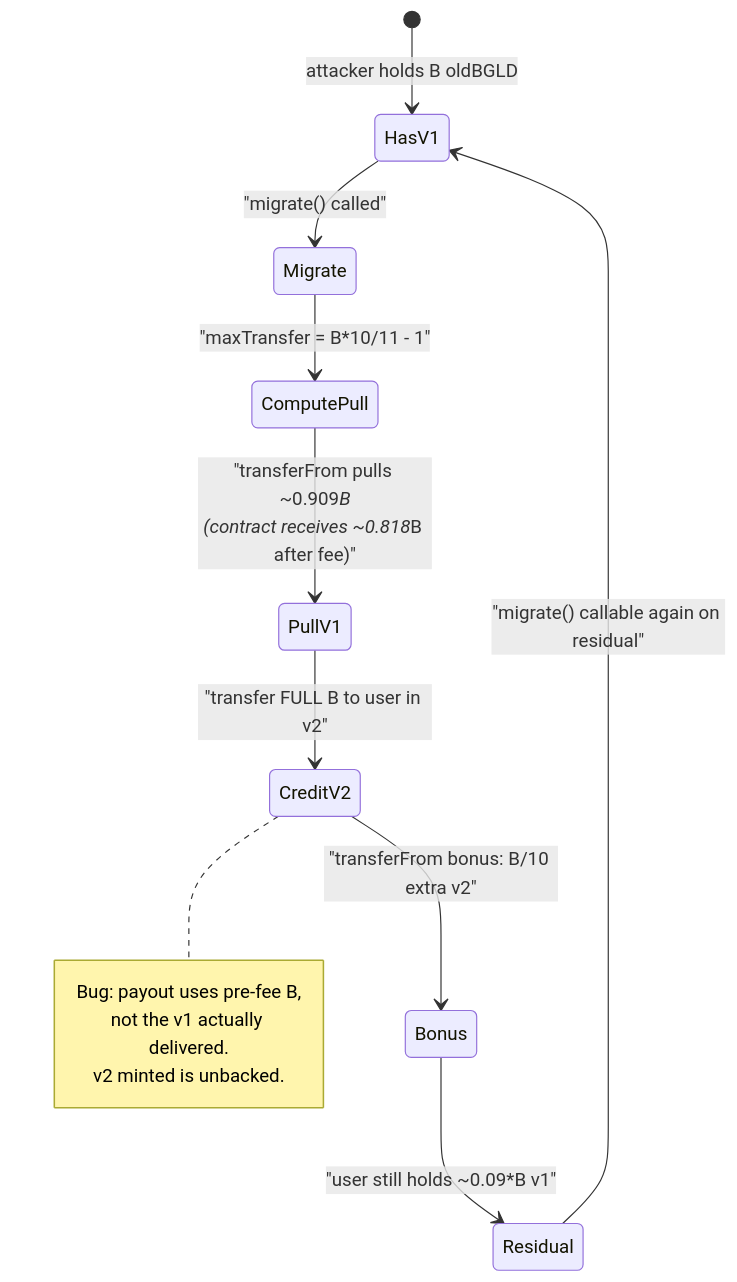
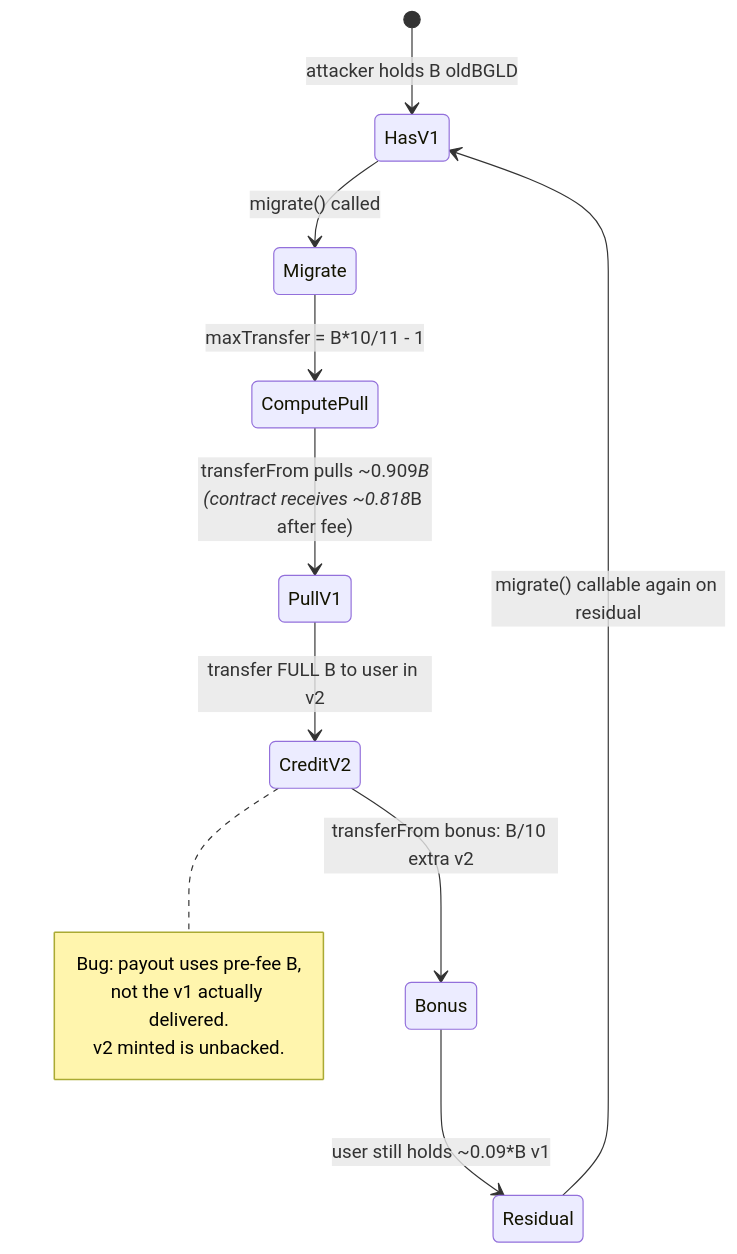
Before and after one commit to sanbir/evm-hack-registry: the third of 3 diagrams in 2022-12-BGLD_exp/BGLD_exp.md, drawn with Mermaid. The commit also changed 280 other files, not shown here.

Commit message:
mermaid fixes

````diff
--- a/2022-12-BGLD_exp/BGLD_exp.md
+++ b/2022-12-BGLD_exp/BGLD_exp.md
@@ -335,16 +335,16 @@
 ```mermaid
 stateDiagram-v2
     [*] --> HasV1: attacker holds B oldBGLD
-    HasV1 --> Migrate: "migrate() called"
-    Migrate --> ComputePull: "maxTransfer = B*10/11 - 1"
-    ComputePull --> PullV1: "transferFrom pulls ~0.909*B<br/>(contract receives ~0.818*B after fee)"
-    PullV1 --> CreditV2: "transfer FULL B to user in v2"
-    CreditV2 --> Bonus: "transferFrom bonus: B/10 extra v2"
-    Bonus --> Residual: "user still holds ~0.09*B v1"
-    Residual --> HasV1: "migrate() callable again on residual"
+    HasV1 --> Migrate: migrate() called
+    Migrate --> ComputePull: maxTransfer = B*10/11 - 1
+    ComputePull --> PullV1: transferFrom pulls ~0.909*B<br/>(contract receives ~0.818*B after fee)
+    PullV1 --> CreditV2: transfer FULL B to user in v2
+    CreditV2 --> Bonus: transferFrom bonus#58; B/10 extra v2
+    Bonus --> Residual: user still holds ~0.09*B v1
+    Residual --> HasV1: migrate() callable again on residual
     note right of CreditV2
         Bug: payout uses pre-fee B,
         not the v1 actually delivered.
         v2 minted is unbacked.
     end note
 ```
````
